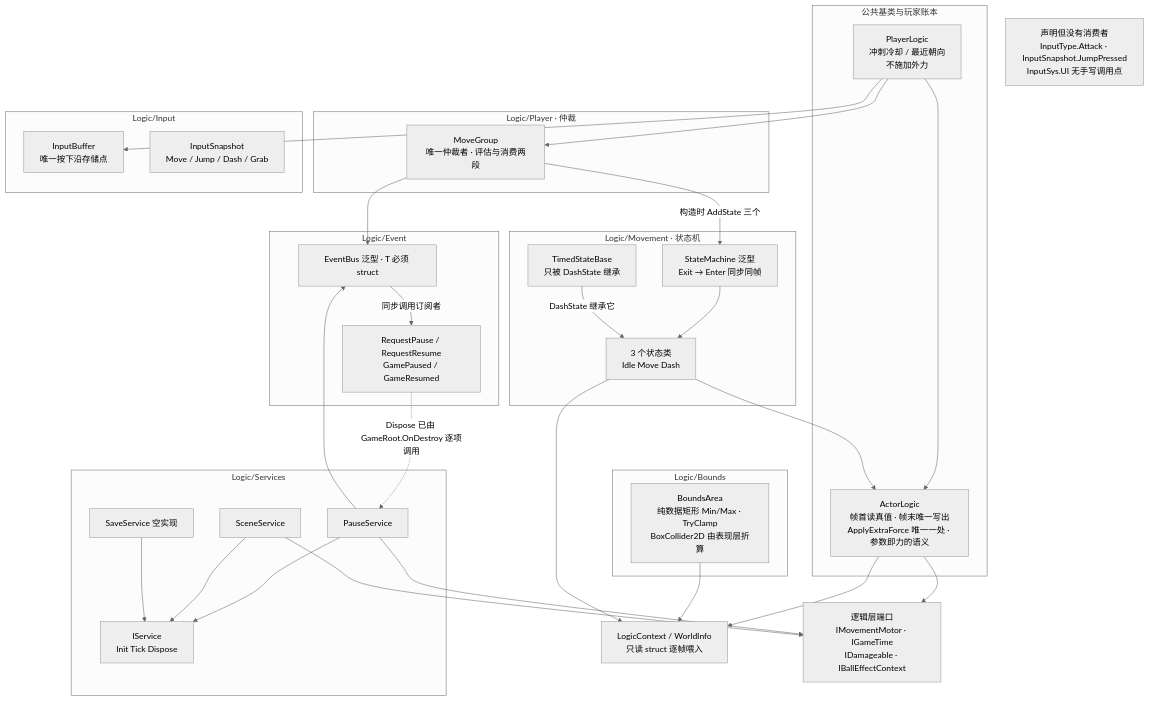
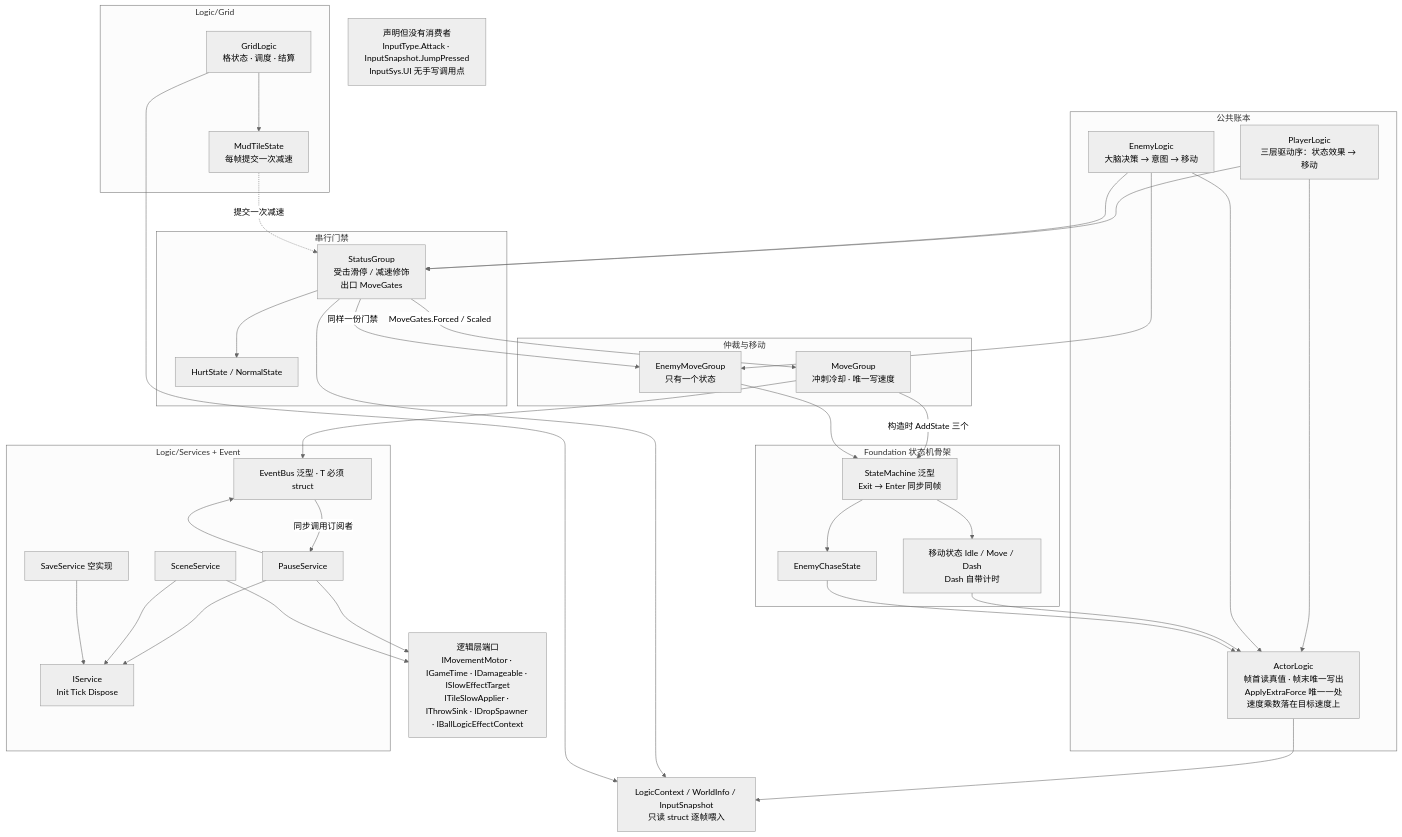
One commit to 5FYZhou/deepseaoil changed the third of 16 diagrams in Docs/框架设计/架构图集.md. Above: the diagram before and after it, drawn with Mermaid (neutral theme). The commit also changed other lines of this file and 13 other files, not shown here.

````diff
--- a/Docs/框架设计/架构图集.md
+++ b/Docs/框架设计/架构图集.md
@@ -129,55 +139,62 @@
 ```mermaid
 flowchart TD
-  subgraph ENT["公共基类与玩家账本"]
-    AL["ActorLogic<br/>帧首读真值 · 帧末唯一写出<br/>ApplyExtraForce 唯一一处 · 参数即力的语义"]
-    PL["PlayerLogic<br/>冲刺冷却 / 最近朝向<br/>不施加外力"]
+  subgraph ENT["公共账本"]
+    AL["ActorLogic<br/>帧首读真值 · 帧末唯一写出<br/>ApplyExtraForce 唯一一处<br/>速度乘数落在目标速度上"]
+    PL["PlayerLogic<br/>三层驱动序：状态效果 → 移动"]
+    EL["EnemyLogic<br/>大脑决策 → 意图 → 移动"]
   end
-  subgraph ARB["Logic/Player · 仲裁"]
-    MG["MoveGroup<br/>唯一仲裁者 · 评估与消费两段"]
+  subgraph GATE["串行门禁"]
+    SG["StatusGroup<br/>受击滑停 / 减速修饰<br/>出口 MoveGates"]
+    ECS2["HurtState / NormalState"]
   end
-  subgraph FSM["Logic/Movement · 状态机"]
+  subgraph ARB["仲裁与移动"]
+    MG["MoveGroup<br/>冲刺冷却 · 唯一写速度"]
+    EMG["EnemyMoveGroup<br/>只有一个状态"]
+  end
+  subgraph FSM["Foundation 状态机骨架"]
     SM["StateMachine 泛型<br/>Exit → Enter 同步同帧"]
-    ST["3 个状态类<br/>Idle Move Dash"]
-    TSB["TimedStateBase<br/>只被 DashState 继承"]
+    ST["移动状态 Idle / Move / Dash<br/>Dash 自带计时"]
+    ECS["EnemyChaseState"]
   end
-  subgraph INP["Logic/Input"]
-    IB["InputBuffer<br/>唯一按下沿存储点"]
-    ISN["InputSnapshot<br/>Move / Jump / Dash / Grab"]
+  subgraph GRID["Logic/Grid"]
+    GL["GridLogic<br/>格状态 · 调度 · 结算"]
+    MUD["MudTileState<br/>每帧提交一次减速"]
   end
-  subgraph BND["Logic/Bounds"]
-    BA["BoundsArea<br/>纯数据矩形 Min/Max · TryClamp<br/>BoxCollider2D 由表现层折算"]
-  end
-  subgraph SVC["Logic/Services"]
+  subgraph SVC["Logic/Services + Event"]
     ISI["IService<br/>Init Tick Dispose"]
     PS["PauseService"]
     SS["SceneService"]
     SV2["SaveService 空实现"]
+    EB["EventBus 泛型 · T 必须 struct"]
   end
-  subgraph EVT["Logic/Event"]
-    EB["EventBus 泛型 · T 必须 struct"]
-    EV["RequestPause / RequestResume<br/>GamePaused / GameResumed"]
-  end
-  LC["LogicContext / WorldInfo<br/>只读 struct 逐帧喂入"]
-  PORT["逻辑层端口<br/>IMovementMotor · IGameTime<br/>IDamageable · IBallEffectContext"]
+  LC["LogicContext / WorldInfo / InputSnapshot<br/>只读 struct 逐帧喂入"]
+  PORT["逻辑层端口<br/>IMovementMotor · IGameTime · IDamageable · ISlowEffectTarget<br/>ITileSlowApplier · IThrowSink · IDropSpawner · IBallLogicEffectContext"]
   DEAD["声明但没有消费者<br/>InputType.Attack · InputSnapshot.JumpPressed<br/>InputSys.UI 无手写调用点"]
   PL --> AL
-  PL --> MG
-  PL --> IB
+  EL --> AL
+  PL --> SG
+  EL --> SG
+  SG -->|"MoveGates.Forced / Scaled"| MG
+  SG -->|"同样一份门禁"| EMG
+  EL --> EMG
   MG -->|"构造时 AddState 三个"| SM
+  EMG --> SM
   SM --> ST
+  SM --> ECS
   ST --> AL
-  TSB -->|"DashState 继承它"| ST
+  ECS --> AL
+  SG --> ECS2
   AL --> LC
-  BA --> LC
-  AL --> PORT
-  ST --> LC
+  SG --> LC
   MG --> EB
-  EB -->|"同步调用订阅者"| EV
+  GL --> MUD
+  GL --> LC
+  MUD -.->|"提交一次减速"| SG
   PS --> EB
   PS --> ISI
   SS --> ISI
   SV2 --> ISI
   PS --> PORT
   SS --> PORT
-  EV -.->|"Dispose 已由 GameRoot.OnDestroy 逐项调用"| PS
+  EB -->|"同步调用订阅者"| PS
 ```
````
